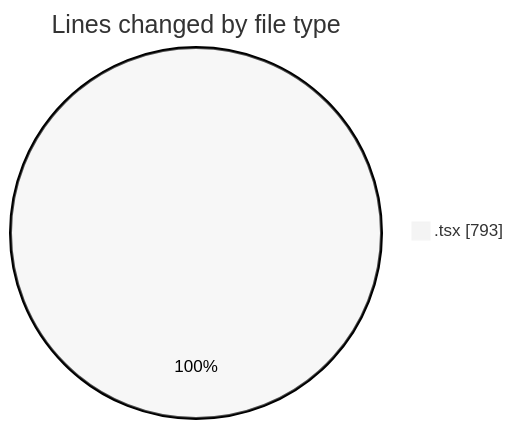
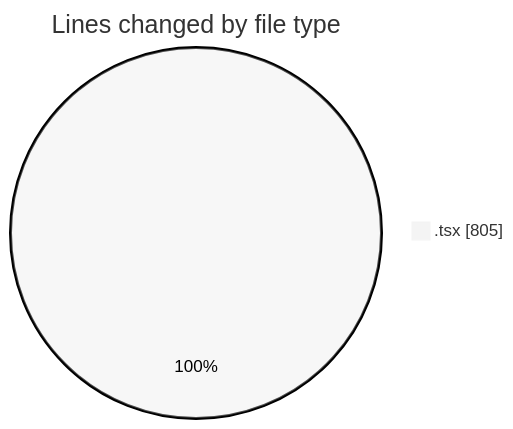
Before and after one commit to nxtqubesakshisongat/code-tracking: the first of 2 diagrams in 2026-03-31/nxtqube_webapp/README.md, drawn with Mermaid (neutral theme). The commit also changed other lines of this file and 1 other file, not shown here.

````diff
--- a/2026-03-31/nxtqube_webapp/README.md
+++ b/2026-03-31/nxtqube_webapp/README.md
@@ -20,5 +20,5 @@
 ```mermaid
 pie showData
 title Lines changed by file type
-".tsx" : 793
+".tsx" : 805
 ```
````
